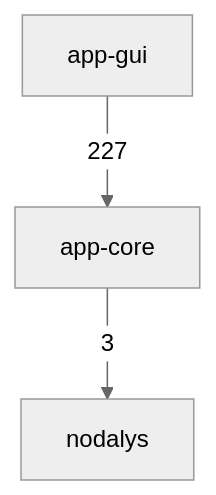
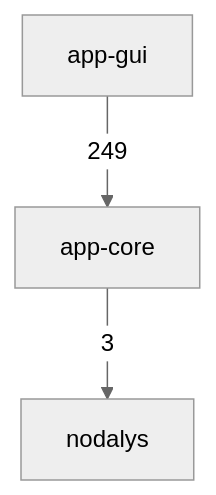
One commit to ronnymilleo/imcsim changed the first of 3 diagrams in docs/architecture.md. Above: the diagram before and after it, drawn with Mermaid (neutral theme). The commit also changed other lines of this file and 63 other files, not shown here.

````diff
--- a/docs/architecture.md
+++ b/docs/architecture.md
@@ -22,8 +22,8 @@
 ```mermaid
 flowchart TD
     app_gui[app-gui]
     app_core[app-core]
     nodalys[nodalys]
     app_core -->|3| nodalys
-    app_gui -->|227| app_core
+    app_gui -->|249| app_core
 ```
````
